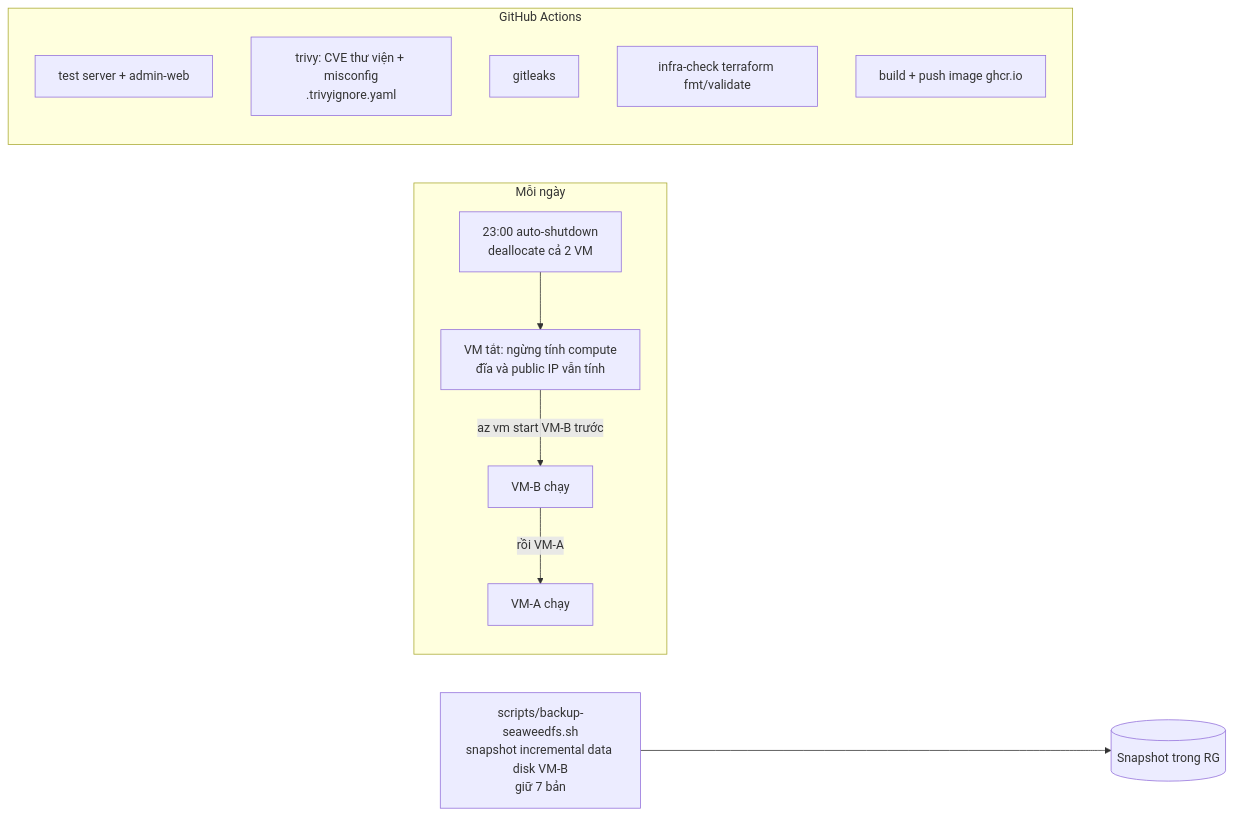
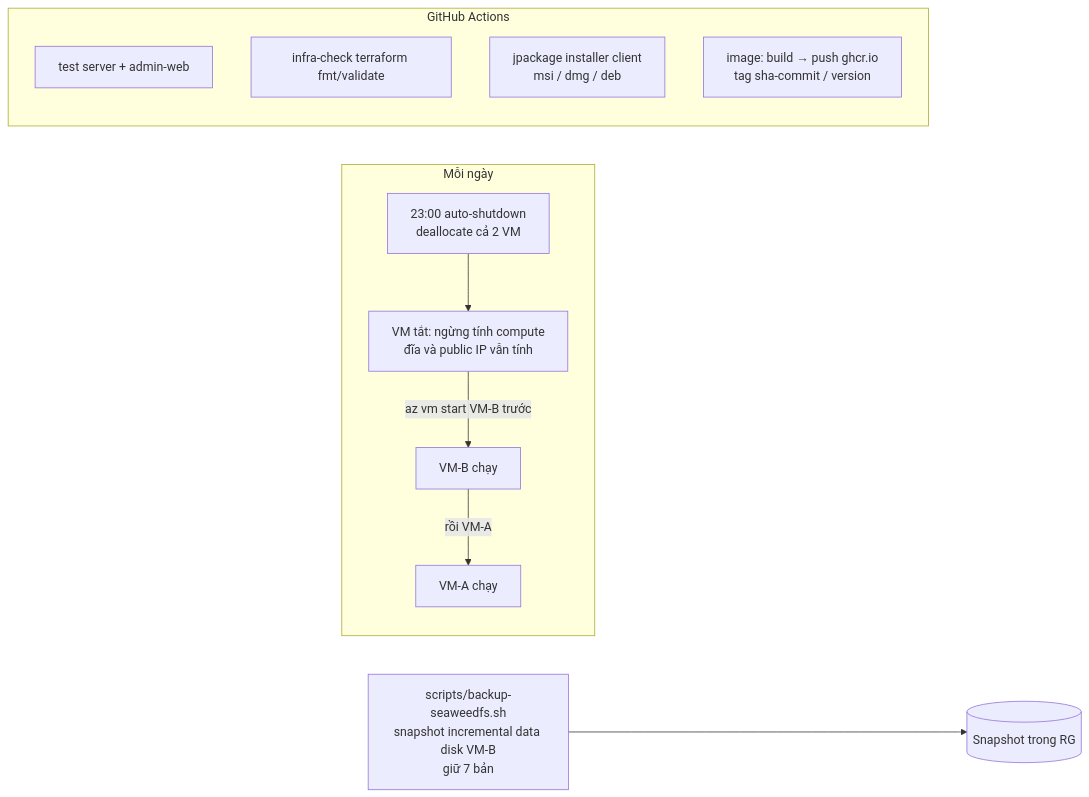
One commit to toannd135/BTL_LTM changed the eighth of 9 diagrams in docs/THIET-KE-AZURE.md. Above: the diagram before and after it, drawn with Mermaid. The commit also changed 107 other files, not shown here.

````diff
--- a/docs/THIET-KE-AZURE.md
+++ b/docs/THIET-KE-AZURE.md
@@ -204,15 +204,14 @@
 ```mermaid
 flowchart LR
   subgraph Ngay["Mỗi ngày"]
     S23["23:00 auto-shutdown<br/>deallocate cả 2 VM"] --> OFF[VM tắt: ngừng tính compute<br/>đĩa và public IP vẫn tính]
     OFF -- "az vm start VM-B trước" --> B[VM-B chạy] -- "rồi VM-A" --> A[VM-A chạy]
   end
   BK["scripts/backup-seaweedfs.sh<br/>snapshot incremental data disk VM-B<br/>giữ 7 bản"] --> SNAP[(Snapshot trong RG)]
   subgraph CI["GitHub Actions"]
     T1[test server + admin-web]
-    T2["trivy: CVE thư viện + misconfig<br/>.trivyignore.yaml"]
-    T3[gitleaks]
     T4[infra-check terraform fmt/validate]
-    T5[build + push image ghcr.io]
+    T5["jpackage installer client<br/>msi / dmg / deb"]
+    T6["image: build → push ghcr.io<br/>tag sha-commit / version"]
   end
 ```
````
